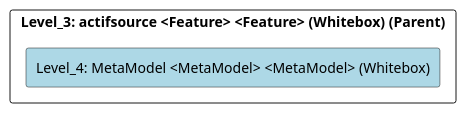
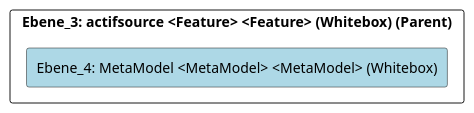
Before and after one commit to marcozwyssig/cleon: the diagram in doc/cleonproject_deliverables_architecture_model_architecture/adoc/de/05_bausteinsicht/cleon/applications/actifsource/metamodel/ebene_4_metamodel.adoc, drawn with PlantUML. The commit also changed other lines of this file and 214 other files, not shown here.

```diff
--- a/doc/cleonproject_deliverables_architecture_model_architecture/adoc/de/05_bausteinsicht/cleon/applications/actifsource/metamodel/ebene_4_metamodel.adoc
+++ b/doc/cleonproject_deliverables_architecture_model_architecture/adoc/de/05_bausteinsicht/cleon/applications/actifsource/metamodel/ebene_4_metamodel.adoc
@@ -20,24 +20,24 @@
-[plantuml, Level_4: MetaModel <MetaModel> <MetaModel> (Whitebox)BlockOverview, format="svg"]
+[plantuml, Ebene_4: MetaModel <MetaModel> <MetaModel> (Whitebox)BlockOverview, format="svg"]
 ----
-@startuml Level_4: MetaModel <MetaModel> <MetaModel> (Whitebox)BuildingBlockOverview
+@startuml Ebene_4: MetaModel <MetaModel> <MetaModel> (Whitebox)BuildingBlockOverview
 
 skinparam ranksep 10
 skinparam componentStyle rectangle
 skinparam shadowing false
 skinparam arrowColor lightblue
 skinparam arrowThickness 1.2
 skinparam rectangle {
   BackgroundColor White
   BorderColor #333
   RoundCorner 10
 }
 top to bottom direction
 
-component "Level_3: actifsource <Feature> <Feature> (Whitebox) (Parent)" {
-    component "Level_4: MetaModel <MetaModel> <MetaModel> (Whitebox)" #lightblue {
+component "Ebene_3: actifsource <Feature> <Feature> (Whitebox) (Parent)" {
+    component "Ebene_4: MetaModel <MetaModel> <MetaModel> (Whitebox)" #lightblue {
     }
 
 }
 
 @enduml
 ----
```
